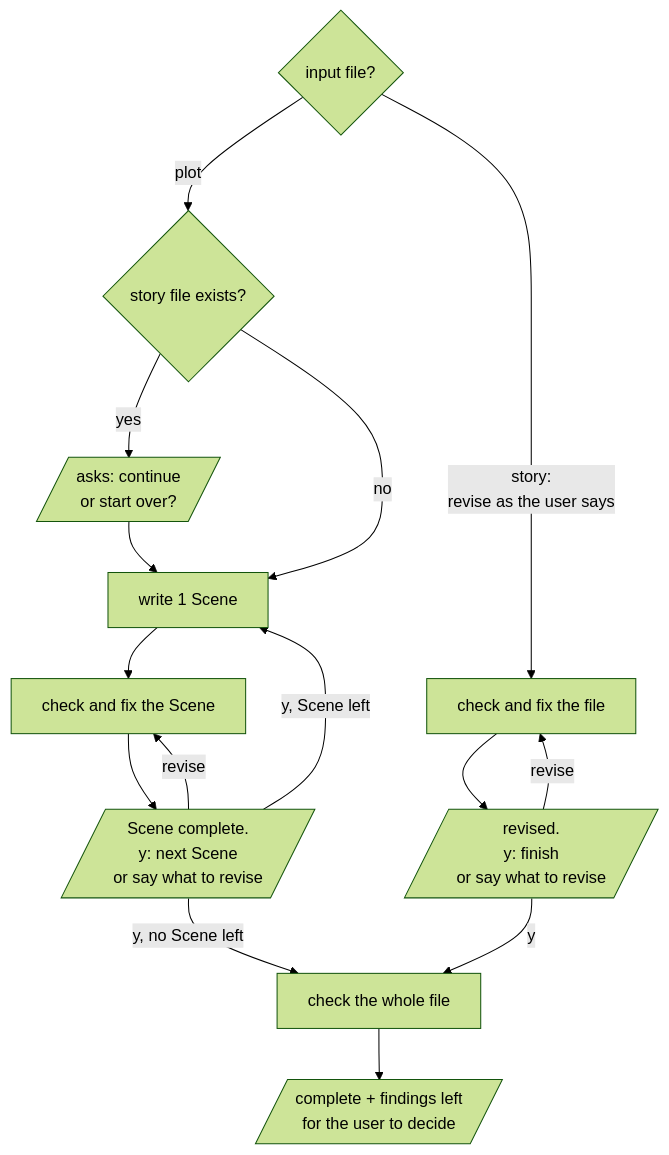
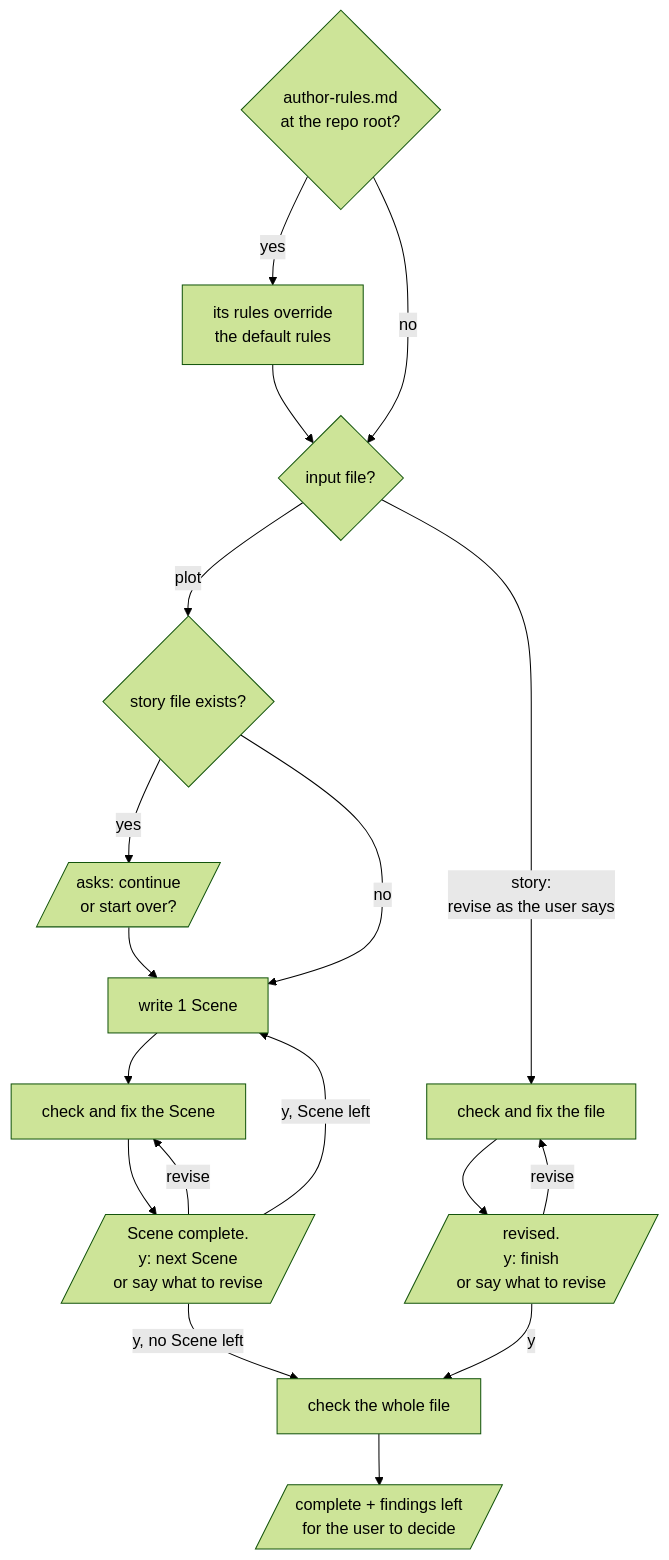
Before and after one commit to omni-stove/skill-kit: the diagram in domains/story/skills/write/README.md, drawn with Mermaid (forest theme). The commit also changed 28 other files, not shown here.

````diff
--- a/domains/story/skills/write/README.md
+++ b/domains/story/skills/write/README.md
@@ -3,18 +3,21 @@
 ```mermaid
 flowchart TD
-  input{input file?}
+  author{author-rules.md<br/>at the repo root?}
+  author -- "yes" --> override[its rules override<br/>the default rules]
+  author -- "no" --> input
+  override --> input{input file?}
   input -- "plot" --> exists{story file exists?}
   exists -- "yes" --> ask[/asks: continue<br/>or start over?/]
   exists -- "no" --> write
   ask --> write[write 1 Scene]
   write --> check[check and fix the Scene]
   check --> reply[/"Scene complete.<br/>y: next Scene<br/>or say what to revise"/]
   reply -- "y, Scene left" --> write
   reply -- "y, no Scene left" --> final[check the whole file]
   final --> done[/"complete + findings left<br/>for the user to decide"/]
   reply -- "revise" --> check
   input -- "story:<br/>revise as the user says" --> rcheck[check and fix the file]
   rcheck --> rreply[/"revised.<br/>y: finish<br/>or say what to revise"/]
   rreply -- "y" --> final
   rreply -- "revise" --> rcheck
 ```
````
